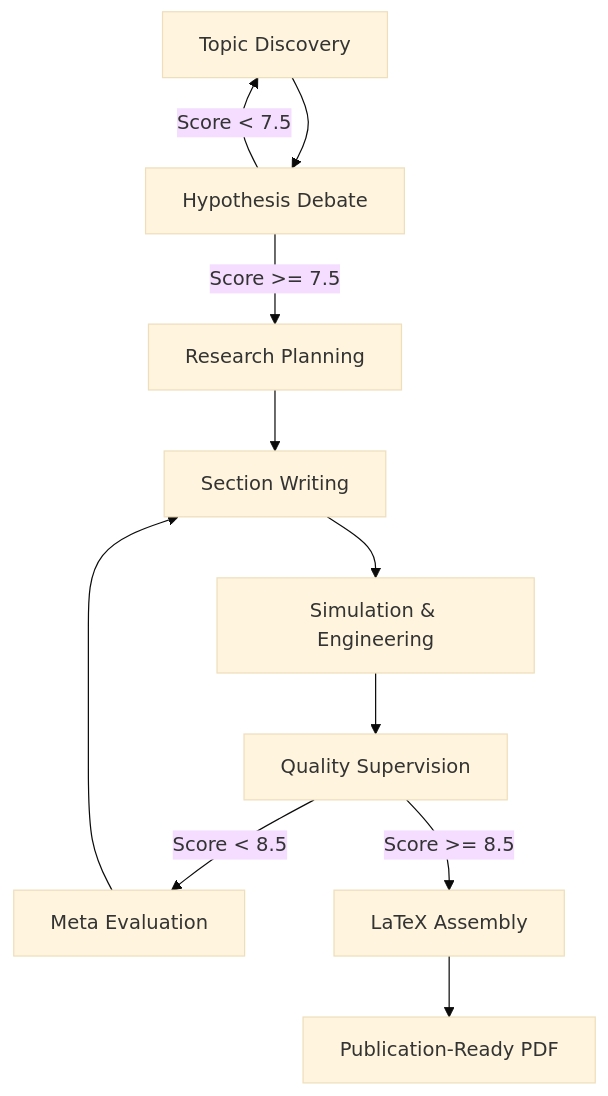
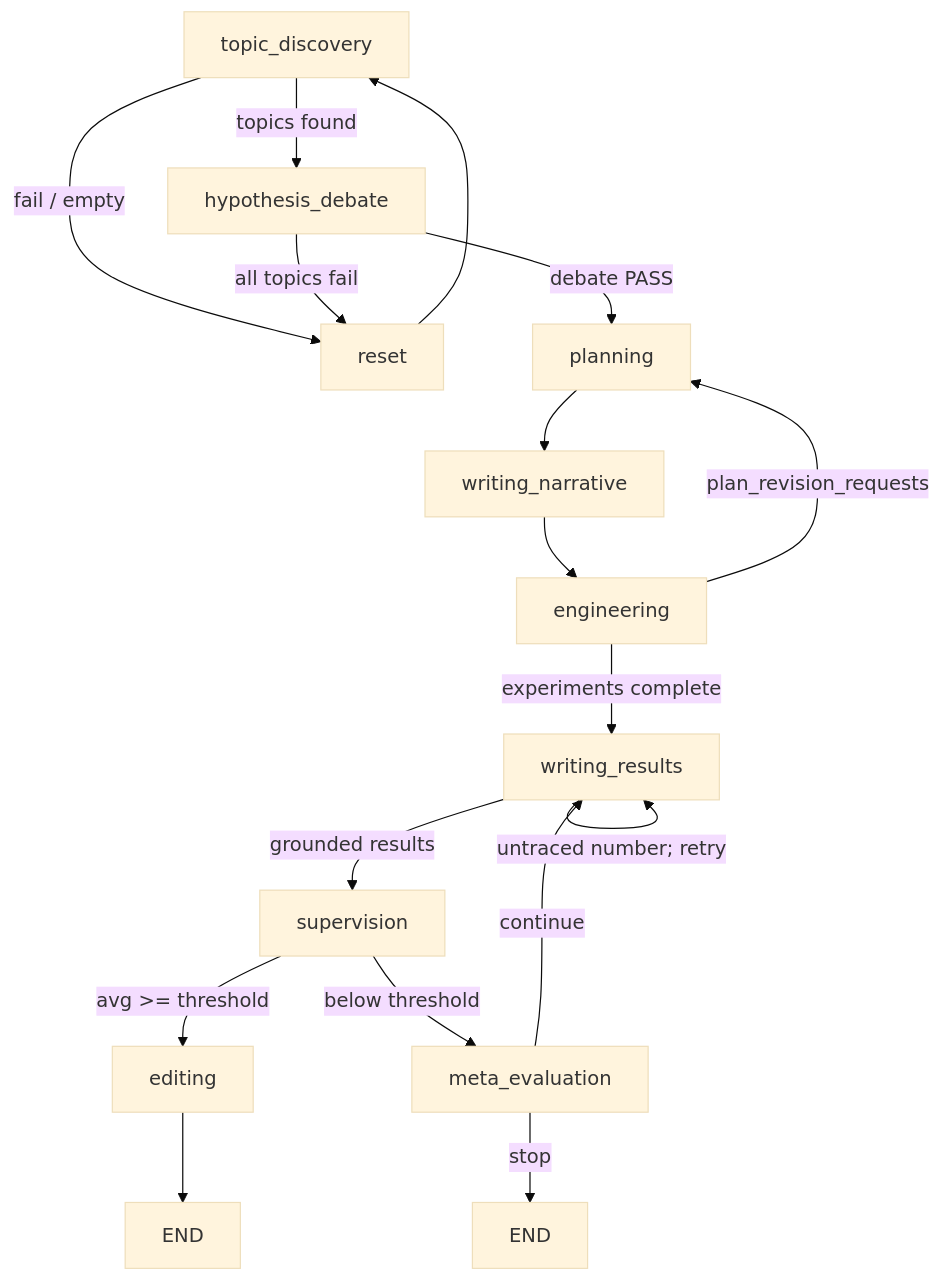
Before and after one commit to AbubakarAmin/Scholargraph: the diagram in README.md, drawn with Mermaid (base theme). The commit also changed other lines of this file and 33 other files, not shown here.

````diff
--- a/README.md
+++ b/README.md
@@ -70,13 +189,19 @@
 ```mermaid
 graph TD
-    A[Topic Discovery] --> B[Hypothesis Debate]
-    B -->|Score < 7.5| A
-    B -->|Score >= 7.5| C[Research Planning]
-    C --> D[Section Writing]
-    D --> E[Simulation & Engineering]
-    E --> F[Quality Supervision]
-    F -->|Score < 8.5| G[Meta Evaluation]
-    G --> D
-    F -->|Score >= 8.5| H[LaTeX Assembly]
-    H --> I[Publication-Ready PDF]
+    TD[topic_discovery] -->|fail / empty| R[reset]
+    TD -->|topics found| HD[hypothesis_debate]
+    HD -->|all topics fail| R
+    HD -->|debate PASS| PL[planning]
+    R --> TD
+    PL --> WN[writing_narrative]
+    WN --> EN[engineering]
+    EN -->|plan_revision_requests| PL
+    EN -->|experiments complete| WR[writing_results]
+    WR -->|untraced number; retry| WR
+    WR -->|grounded results| SU[supervision]
+    SU -->|avg >= threshold| ED[editing]
+    SU -->|below threshold| ME[meta_evaluation]
+    ME -->|continue| WR
+    ME -->|stop| END1[END]
+    ED --> END2[END]
 ```
````
